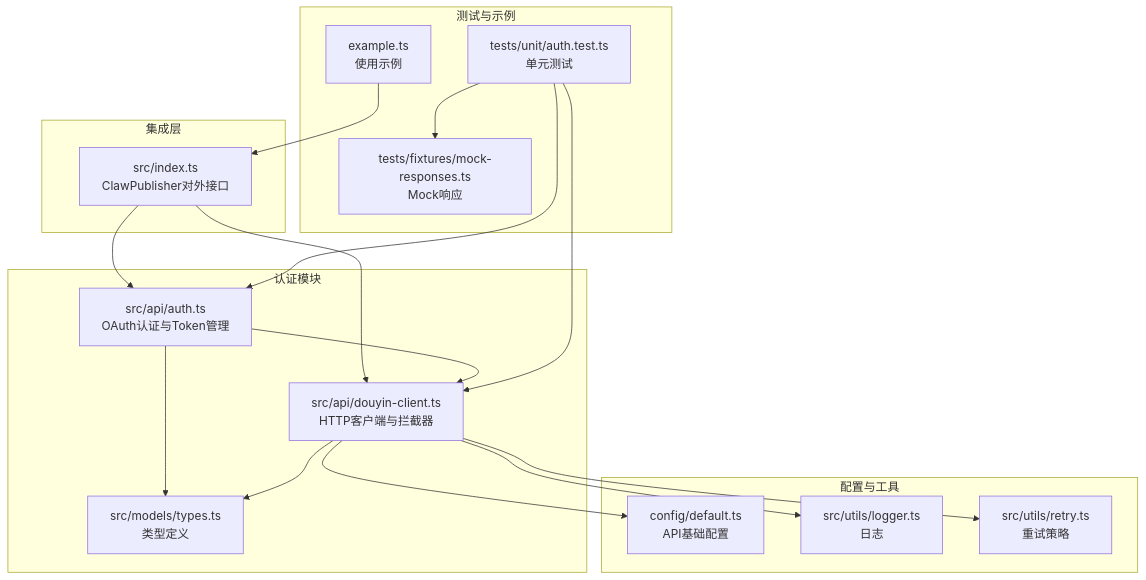
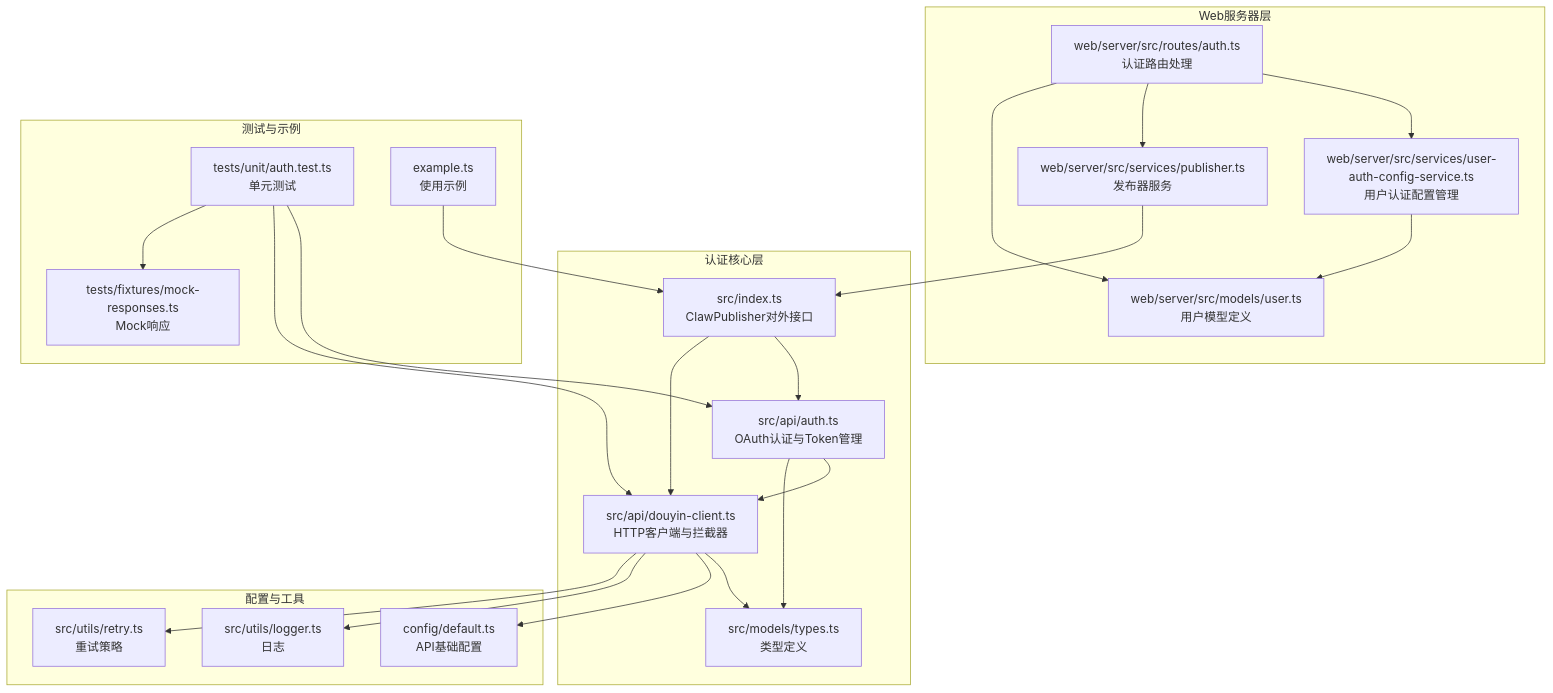
One commit to songdiyang/clawOperations changed the first of 9 diagrams in .qoder/repowiki/zh/content/核心模块详解/认证模块/认证模块.md. Above: the diagram before and after it, drawn with Mermaid. The commit also changed other lines of this file and 6 other files, not shown here.

````diff
--- a/.qoder/repowiki/zh/content/核心模块详解/认证模块/认证模块.md
+++ b/.qoder/repowiki/zh/content/核心模块详解/认证模块/认证模块.md
@@ -43,33 +58,42 @@
 ```mermaid
 graph TB
-subgraph "认证模块"
+subgraph "认证核心层"
 A["src/api/auth.ts<br/>OAuth认证与Token管理"]
 B["src/api/douyin-client.ts<br/>HTTP客户端与拦截器"]
 C["src/models/types.ts<br/>类型定义"]
-end
-subgraph "集成层"
 D["src/index.ts<br/>ClawPublisher对外接口"]
 end
+subgraph "Web服务器层"
+E["web/server/src/routes/auth.ts<br/>认证路由处理"]
+F["web/server/src/services/user-auth-config-service.ts<br/>用户认证配置管理"]
+G["web/server/src/services/publisher.ts<br/>发布器服务"]
+H["web/server/src/models/user.ts<br/>用户模型定义"]
+end
 subgraph "配置与工具"
-E["config/default.ts<br/>API基础配置"]
-F["src/utils/logger.ts<br/>日志"]
-G["src/utils/retry.ts<br/>重试策略"]
+I["config/default.ts<br/>API基础配置"]
+J["src/utils/logger.ts<br/>日志"]
+K["src/utils/retry.ts<br/>重试策略"]
 end
 subgraph "测试与示例"
-H["tests/unit/auth.test.ts<br/>单元测试"]
-I["tests/fixtures/mock-responses.ts<br/>Mock响应"]
-J["example.ts<br/>使用示例"]
+L["tests/unit/auth.test.ts<br/>单元测试"]
+M["tests/fixtures/mock-responses.ts<br/>Mock响应"]
+N["example.ts<br/>使用示例"]
 end
 D --> A
 D --> B
 A --> B
 A --> C
 B --> C
-B --> E
-B --> F
-B --> G
-H --> A
-H --> B
-H --> I
-J --> D
+B --> I
+B --> J
+B --> K
+E --> F
+E --> G
+E --> H
+F --> H
+G --> D
+L --> A
+L --> B
+L --> M
+N --> D
 ```
````
